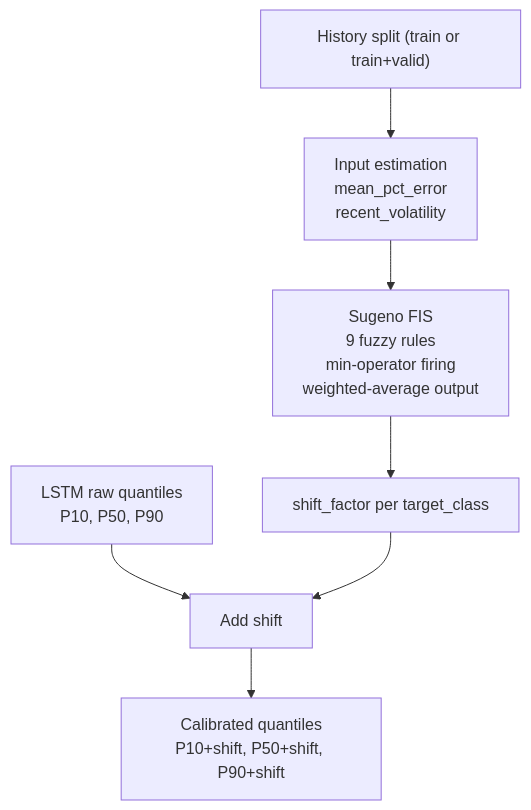
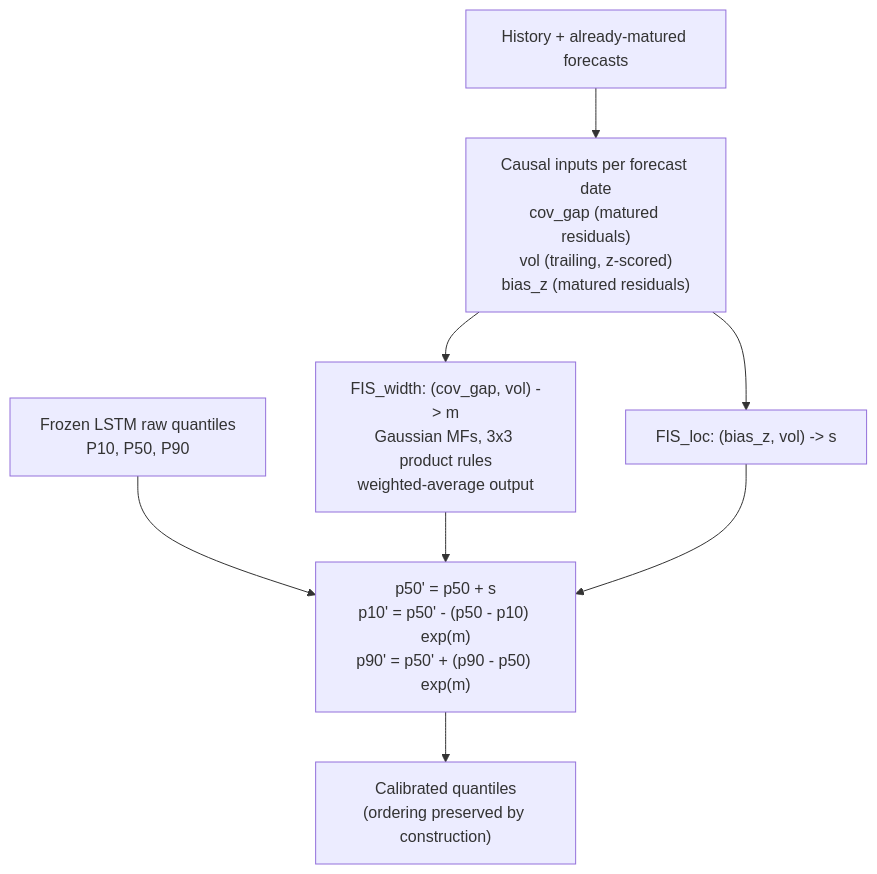
One commit to sriilex/SC-Project changed the diagram in docs/04_fuzzy_lstm_report.md. Above: the diagram before and after it, drawn with Mermaid. The commit also changed other lines of this file and 64 other files, not shown here.

First line of the commit message:
feat: Sugeno fuzzy calibration pipeline, evaluation, docs, and interactive UI

````diff
--- a/docs/04_fuzzy_lstm_report.md
+++ b/docs/04_fuzzy_lstm_report.md
@@ -36,9 +83,10 @@
 ```mermaid
 flowchart TD
-    H["History split (train or train+valid)"] --> I["Input estimation<br/>mean_pct_error<br/>recent_volatility"]
-    I --> F["Sugeno FIS<br/>9 fuzzy rules<br/>min-operator firing<br/>weighted-average output"]
-    F --> S["shift_factor per target_class"]
-    Q["LSTM raw quantiles<br/>P10, P50, P90"] --> A["Add shift"]
-    S --> A
-    A --> C["Calibrated quantiles<br/>P10+shift, P50+shift, P90+shift"]
+    H["History + already-matured forecasts"] --> I["Causal inputs per forecast date<br/>cov_gap (matured residuals)<br/>vol (trailing, z-scored)<br/>bias_z (matured residuals)"]
+    I --> FW["FIS_width: (cov_gap, vol) -> m<br/>Gaussian MFs, 3x3 product rules<br/>weighted-average output"]
+    I --> FL["FIS_loc: (bias_z, vol) -> s"]
+    Q["Frozen LSTM raw quantiles<br/>P10, P50, P90"] --> A["p50' = p50 + s<br/>p10' = p50' - (p50 - p10) exp(m)<br/>p90' = p50' + (p90 - p50) exp(m)"]
+    FW --> A
+    FL --> A
+    A --> C["Calibrated quantiles<br/>(ordering preserved by construction)"]
 ```
````
